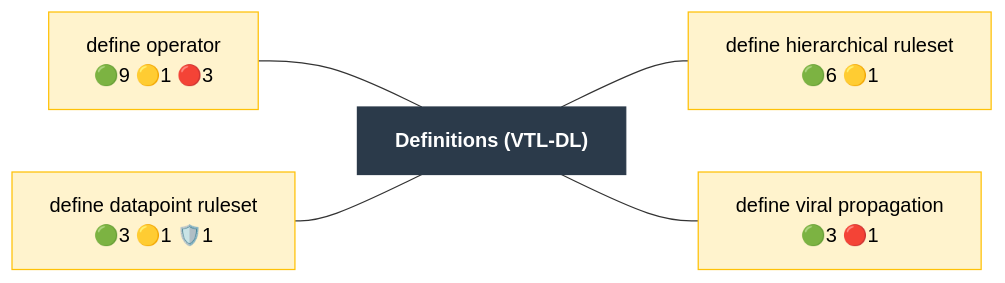
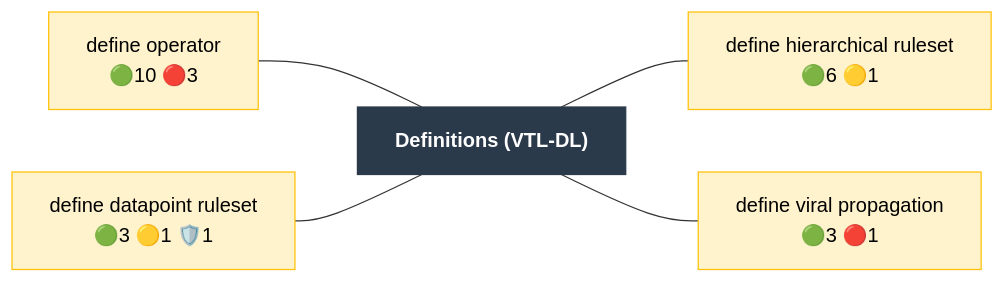
Before and after one commit to Meaningful-Data/vtlengine: the diagram in docs/operator_map/definitions/index.rst, drawn with Mermaid. The commit also changed other lines of this file and 175 other files, not shown here.

```diff
--- a/docs/operator_map/definitions/index.rst
+++ b/docs/operator_map/definitions/index.rst
@@ -24,24 +24,24 @@
 .. mermaid::
    :config: {"flowchart": {"useMaxWidth": false}}
 
    flowchart LR
        classDef ok fill:#d4edda,stroke:#28a745,color:#000
        classDef partial fill:#fff3cd,stroke:#ffc107,color:#000
        classDef refused fill:#d4edda,stroke:#28a745,stroke-width:3px,stroke-dasharray: 2 2,color:#000
        classDef missing fill:#f8d7da,stroke:#dc3545,color:#000
        classDef diverge fill:#cce5ff,stroke:#007bff,color:#000
        classDef block fill:#2b3a4a,stroke:#2b3a4a,color:#fff,font-weight:bold
        classDef ext fill:#fff,stroke:#666,color:#000,stroke-dasharray: 5 5
        B["Definitions (VTL-DL)"]:::block
-       definitions__define_operator["define operator<br/>🟢9 🟡1 🔴3"]:::partial
+       definitions__define_operator["define operator<br/>🟢10 🔴3"]:::partial
        definitions__define_datapoint_ruleset["define datapoint ruleset<br/>🟢3 🟡1 🛡️1"]:::partial
        definitions__define_hierarchical_ruleset["define hierarchical ruleset<br/>🟢6 🟡1"]:::partial
        definitions__define_viral_propagation["define viral propagation<br/>🟢3 🔴1"]:::partial
        definitions__define_operator --- B
        definitions__define_datapoint_ruleset --- B
        B --- definitions__define_hierarchical_ruleset
        B --- definitions__define_viral_propagation
        click definitions__define_operator href "define_operator.html"
        click definitions__define_datapoint_ruleset href "define_datapoint_ruleset.html"
        click definitions__define_hierarchical_ruleset href "define_hierarchical_ruleset.html"
        click definitions__define_viral_propagation href "define_viral_propagation.html"
```
